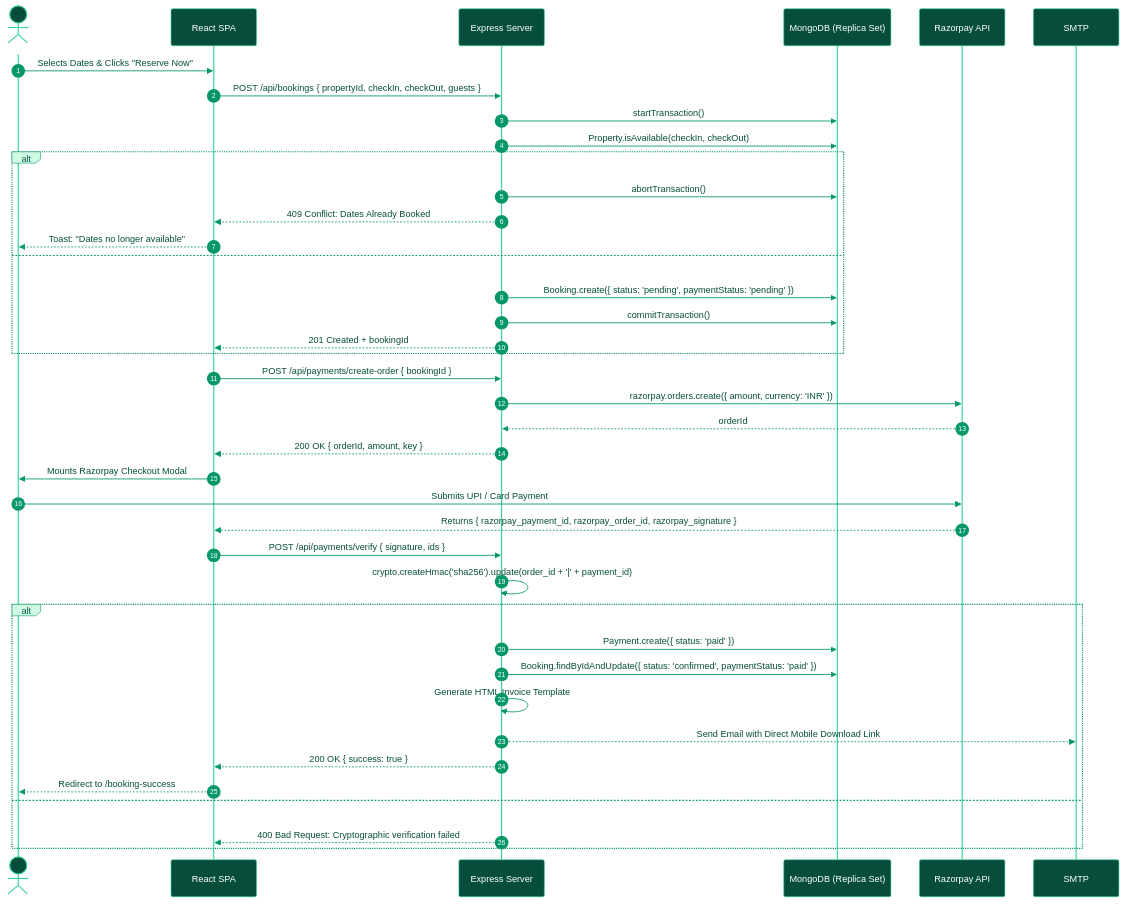
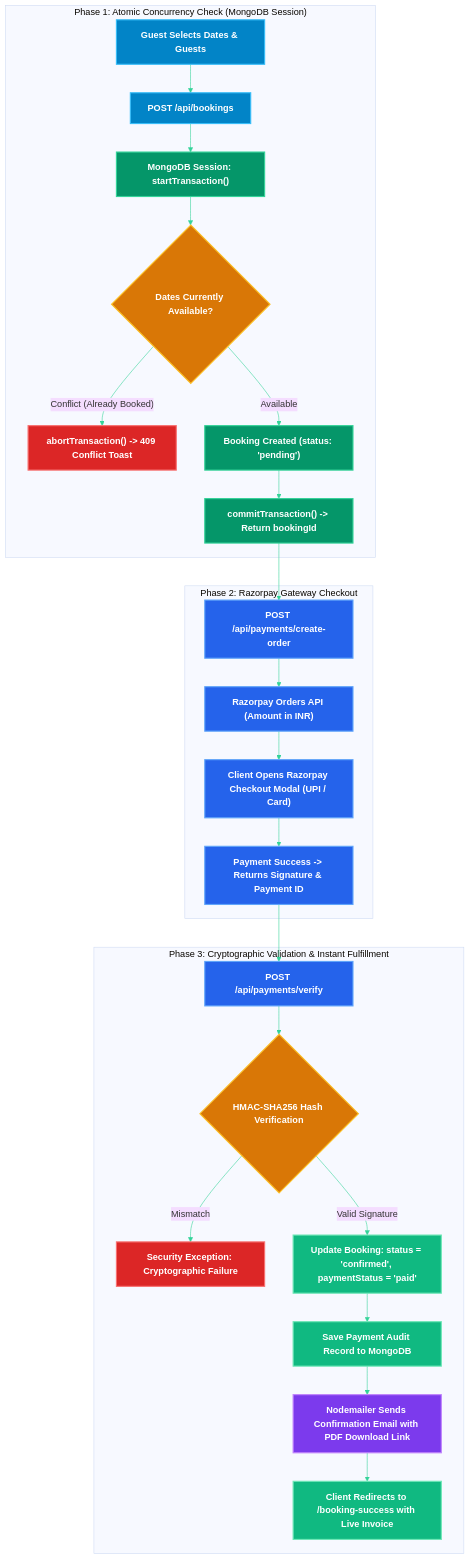
Before and after one commit to m4nish-dev/homely: the third of 6 diagrams in README.md, drawn with Mermaid. The commit also changed other lines of this file, not shown here.

Commit message:
docs: replace sequence diagrams with vibrant, high-contrast workflow flowcharts for clear visibility

````diff
--- a/README.md
+++ b/README.md
@@ -168,65 +145,37 @@
 ```mermaid
-%%{init: {
-  'theme': 'base',
-  'themeVariables': {
-    'primaryColor': '#059669',
-    'primaryTextColor': '#ffffff',
-    'primaryBorderColor': '#047857',
-    'actorBkg': '#064e3b',
-    'actorBorder': '#34d399',
-    'actorTextColor': '#ffffff',
-    'actorLineColor': '#34d399',
-    'signalColor': '#059669',
-    'signalTextColor': '#064e3b',
-    'labelBoxBkgColor': '#d1fae5',
-    'labelBoxBorderColor': '#059669',
-    'labelTextColor': '#065f46',
-    'activationBorderColor': '#059669',
-    'activationBkgColor': '#a7f3d0',
-    'sequenceNumberColor': '#ffffff'
-  }
-}}%%
-sequenceDiagram
-    autonumber
-    actor Guest as Guest
-    participant Client as React SPA
-    participant Server as Express Server
-    participant DB as MongoDB (Replica Set)
-    participant Razorpay as Razorpay API
+%%{init: {'theme': 'base', 'themeVariables': {'lineColor': '#34d399', 'textColor': '#ffffff'}}}%%
+flowchart TD
+    classDef bookingNode fill:#0284c7,stroke:#38bdf8,stroke-width:2px,color:#ffffff,font-weight:bold;
+    classDef txNode fill:#059669,stroke:#34d399,stroke-width:2px,color:#ffffff,font-weight:bold;
+    classDef payNode fill:#2563eb,stroke:#60a5fa,stroke-width:2px,color:#ffffff,font-weight:bold;
+    classDef checkNode fill:#d97706,stroke:#fbbf24,stroke-width:2px,color:#ffffff,font-weight:bold;
+    classDef errorNode fill:#dc2626,stroke:#f87171,stroke-width:2px,color:#ffffff,font-weight:bold;
+    classDef doneNode fill:#10b981,stroke:#6ee7b7,stroke-width:2px,color:#ffffff,font-weight:bold;
+    classDef notifyNode fill:#7c3aed,stroke:#c084fc,stroke-width:2px,color:#ffffff,font-weight:bold;
 
-    Guest->>Client: Selects Dates & Clicks "Reserve Now"
-    Client->>Server: POST /api/bookings { propertyId, checkIn, checkOut, guests }
-    Server->>DB: startTransaction()
-    Server->>DB: Property.isAvailable(checkIn, checkOut)
-    alt Dates Conflict
-        Server->>DB: abortTransaction()
-        Server-->>Client: 409 Conflict: Dates Already Booked
-        Client-->>Guest: Toast: "Dates no longer available"
-    else Dates Available
-        Server->>DB: Booking.create({ status: 'pending', paymentStatus: 'pending' })
-        Server->>DB: commitTransaction()
-        Server-->>Client: 201 Created + bookingId
+    subgraph Phase1 ["Phase 1: Atomic Concurrency Check (MongoDB Session)"]
+        A["Guest Selects Dates & Guests"]:::bookingNode --> B["POST /api/bookings"]:::bookingNode
+        B --> C["MongoDB Session: startTransaction()"]:::txNode
+        C --> D{"Dates Currently Available?"}:::checkNode
+        D -- "Conflict (Already Booked)" --> E["abortTransaction() -> 409 Conflict Toast"]:::errorNode
+        D -- "Available" --> F["Booking Created (status: 'pending')"]:::txNode
+        F --> G["commitTransaction() -> Return bookingId"]:::txNode
     end
 
-    Client->>Server: POST /api/payments/create-order { bookingId }
-    Server->>Razorpay: razorpay.orders.create({ amount, currency: 'INR' })
-    Razorpay-->>Server: orderId
-    Server-->>Client: 200 OK { orderId, amount, key }
+    subgraph Phase2 ["Phase 2: Razorpay Gateway Checkout"]
+        G --> H["POST /api/payments/create-order"]:::payNode
+        H --> I["Razorpay Orders API (Amount in INR)"]:::payNode
+        I --> J["Client Opens Razorpay Checkout Modal (UPI / Card)"]:::payNode
+        J --> K["Payment Success -> Returns Signature & Payment ID"]:::payNode
+    end
 
-    Client->>Guest: Mounts Razorpay Checkout Modal
-    Guest->>Razorpay: Submits UPI / Card Payment
-    Razorpay-->>Client: Returns { razorpay_payment_id, razorpay_order_id, razorpay_signature }
-
-    Client->>Server: POST /api/payments/verify { signature, ids }
-    Server->>Server: crypto.createHmac('sha256').update(order_id + '|' + payment_id)
-    alt Signature Valid
-        Server->>DB: Payment.create({ status: 'paid' })
-        Server->>DB: Booking.findByIdAndUpdate({ status: 'confirmed', paymentStatus: 'paid' })
-        Server->>Server: Generate HTML Invoice Template
-        Server-->>SMTP: Send Email with Direct Mobile Download Link
-        Server-->>Client: 200 OK { success: true }
-        Client-->>Guest: Redirect to /booking-success
-    else Signature Invalid
-        Server-->>Client: 400 Bad Request: Cryptographic verification failed
+    subgraph Phase3 ["Phase 3: Cryptographic Validation & Instant Fulfillment"]
+        K --> L["POST /api/payments/verify"]:::payNode
+        L --> M{"HMAC-SHA256 Hash Verification"}:::checkNode
+        M -- "Mismatch" --> N["Security Exception: Cryptographic Failure"]:::errorNode
+        M -- "Valid Signature" --> O["Update Booking: status = 'confirmed', paymentStatus = 'paid'"]:::doneNode
+        O --> P["Save Payment Audit Record to MongoDB"]:::doneNode
+        P --> Q["Nodemailer Sends Confirmation Email with PDF Download Link"]:::notifyNode
+        Q --> R["Client Redirects to /booking-success with Live Invoice"]:::doneNode
     end
 ```
````
